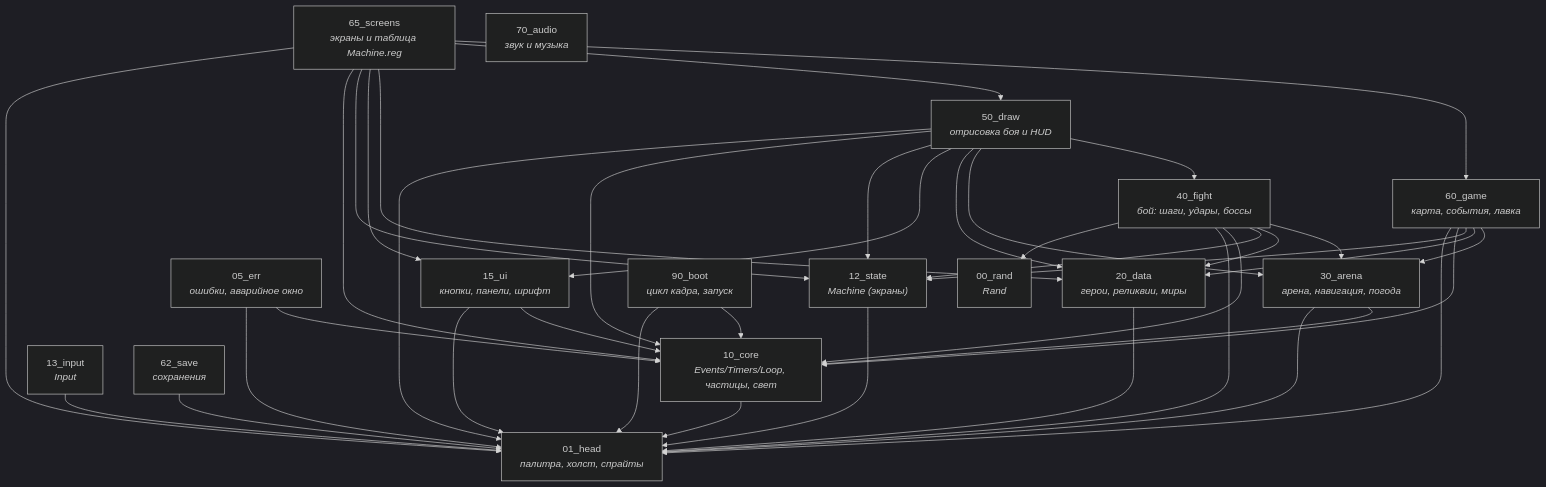
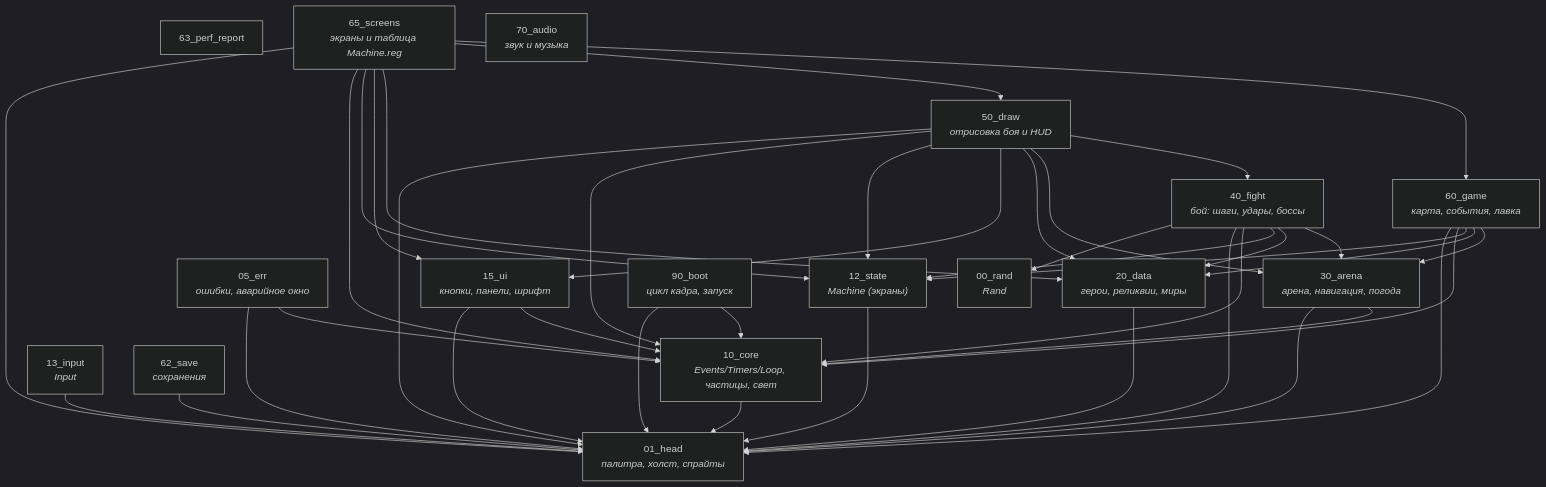
One commit to pampirapik2008-del/- changed the first of 2 diagrams in docs/ARCHITECTURE.md. Above: the diagram before and after it, drawn with Mermaid (dark theme). The commit also changed other lines of this file and 14 other files, not shown here.

````diff
--- a/docs/ARCHITECTURE.md
+++ b/docs/ARCHITECTURE.md
@@ -53,57 +53,58 @@
 ```mermaid
 flowchart TB
     00_rand["00_rand<br/><i>Rand</i>"]
     01_head["01_head<br/><i>палитра, холст, спрайты</i>"]
     05_err["05_err<br/><i>ошибки, аварийное окно</i>"]
     10_core["10_core<br/><i>Events/Timers/Loop, частицы, свет</i>"]
     12_state["12_state<br/><i>Machine (экраны)</i>"]
     13_input["13_input<br/><i>Input</i>"]
     15_ui["15_ui<br/><i>кнопки, панели, шрифт</i>"]
     20_data["20_data<br/><i>герои, реликвии, миры</i>"]
     30_arena["30_arena<br/><i>арена, навигация, погода</i>"]
     40_fight["40_fight<br/><i>бой: шаги, удары, боссы</i>"]
     50_draw["50_draw<br/><i>отрисовка боя и HUD</i>"]
     60_game["60_game<br/><i>карта, события, лавка</i>"]
     62_save["62_save<br/><i>сохранения</i>"]
+    63_perf_report["63_perf_report<br/><i></i>"]
     65_screens["65_screens<br/><i>экраны и таблица Machine.reg</i>"]
     70_audio["70_audio<br/><i>звук и музыка</i>"]
     90_boot["90_boot<br/><i>цикл кадра, запуск</i>"]
     05_err --> 01_head
     05_err --> 10_core
     10_core --> 01_head
     12_state --> 01_head
     13_input --> 01_head
     15_ui --> 01_head
     15_ui --> 10_core
     20_data --> 01_head
     30_arena --> 01_head
     30_arena --> 10_core
     40_fight --> 00_rand
     40_fight --> 01_head
     40_fight --> 10_core
     40_fight --> 12_state
     40_fight --> 20_data
     40_fight --> 30_arena
     50_draw --> 01_head
     50_draw --> 10_core
     50_draw --> 12_state
     50_draw --> 15_ui
     50_draw --> 20_data
     50_draw --> 30_arena
     50_draw --> 40_fight
     60_game --> 01_head
     60_game --> 10_core
     60_game --> 12_state
     60_game --> 20_data
     60_game --> 30_arena
     62_save --> 01_head
     65_screens --> 01_head
     65_screens --> 10_core
     65_screens --> 12_state
     65_screens --> 15_ui
     65_screens --> 20_data
     65_screens --> 50_draw
     65_screens --> 60_game
     90_boot --> 01_head
     90_boot --> 10_core
 ```
````
